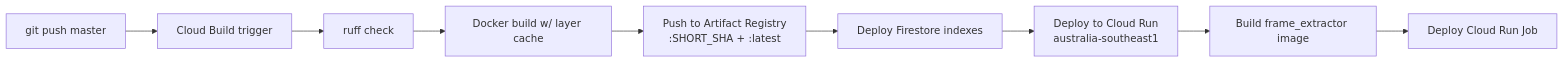
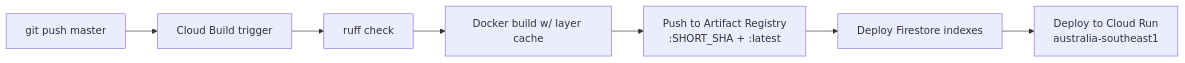
Before and after one commit to ajayaradhya/shiftready-backend: the seventh of 7 diagrams in README.md, drawn with Mermaid. The commit also changed other lines of this file and 6 other files, not shown here.

````diff
--- a/README.md
+++ b/README.md
@@ -560,11 +551,9 @@
 ```mermaid
 flowchart LR
     Dev[git push master] --> CB[Cloud Build trigger]
     CB --> Lint[ruff check]
     Lint --> Build[Docker build w/ layer cache]
     Build --> Push[Push to Artifact Registry\n:SHORT_SHA + :latest]
     Push --> Idx[Deploy Firestore indexes]
     Idx --> Run[Deploy to Cloud Run\naustralia-southeast1]
-    Run --> JobBuild[Build frame_extractor image]
-    JobBuild --> JobDeploy[Deploy Cloud Run Job]
 ```
````
